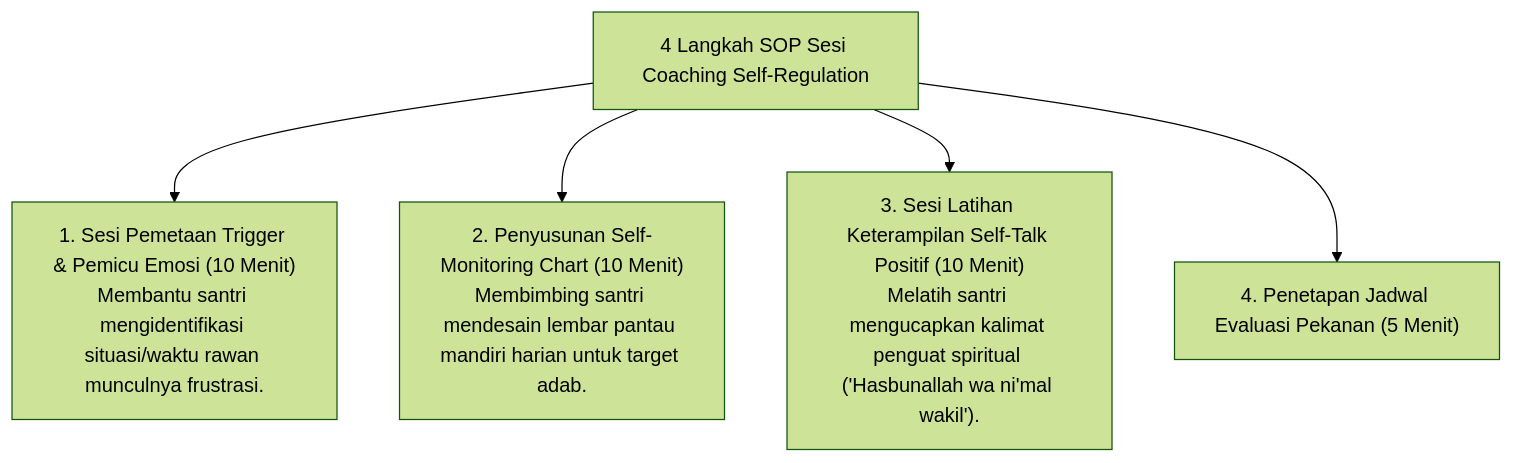
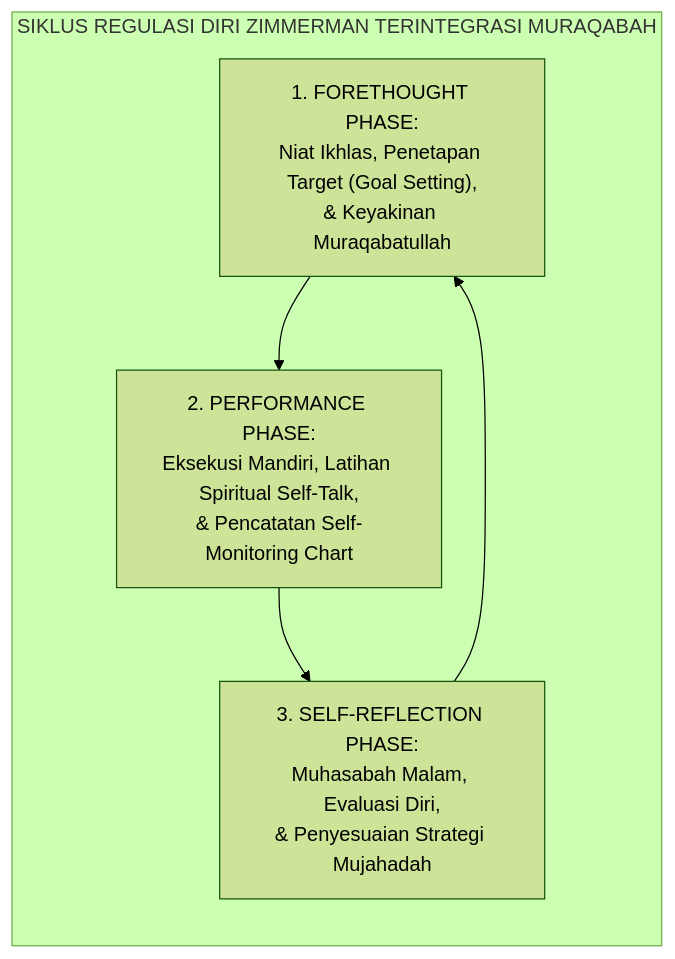
One commit to wandiapriliyandi/tumbuh changed the first of 2 diagrams in 08 Integrated Approaches/04 Coaching/P8-04-03-SOP-Sesi-Coaching-Self-Regulation-Individual.md. Above: the diagram before and after it, drawn with Mermaid (forest theme). The commit also changed other lines of this file and 3 other files, not shown here.

````diff
--- a/08 Integrated Approaches/04 Coaching/P8-04-03-SOP-Sesi-Coaching-Self-Regulation-Individual.md
+++ b/08 Integrated Approaches/04 Coaching/P8-04-03-SOP-Sesi-Coaching-Self-Regulation-Individual.md
@@ -14,8 +28,8 @@
 ```mermaid
-graph TD
-    CoachingSOP["4 Langkah SOP Sesi Coaching Self-Regulation"]
-    CoachingSOP --> S1["1. Sesi Pemetaan Trigger & Pemicu Emosi (10 Menit)<br/>Membantu santri mengidentifikasi situasi/waktu rawan munculnya frustrasi."]
-    CoachingSOP --> S2["2. Penyusunan Self-Monitoring Chart (10 Menit)<br/>Membimbing santri mendesain lembar pantau mandiri harian untuk target adab."]
-    CoachingSOP --> S3["3. Sesi Latihan Keterampilan Self-Talk Positif (10 Menit)<br/>Melatih santri mengucapkan kalimat penguat spiritual ('Hasbunallah wa ni'mal wakil')."]
-    CoachingSOP --> S4["4. Penetapan Jadwal Evaluasi Pekanan (5 Menit)"]
+flowchart LR
+    subgraph ZimmermanSRLModel["SIKLUS REGULASI DIRI ZIMMERMAN TERINTEGRASI MURAQABAH"]
+        Forethought["1. FORETHOUGHT PHASE:<br/>Niat Ikhlas, Penetapan Target (Goal Setting),<br/>& Keyakinan Muraqabatullah"] --> Performance["2. PERFORMANCE PHASE:<br/>Eksekusi Mandiri, Latihan Spiritual Self-Talk,<br/>& Pencatatan Self-Monitoring Chart"]
+        Performance --> Reflection["3. SELF-REFLECTION PHASE:<br/>Muhasabah Malam, Evaluasi Diri,<br/>& Penyesuaian Strategi Mujahadah"]
+        Reflection --> Forethought
+    end
 ```
````
